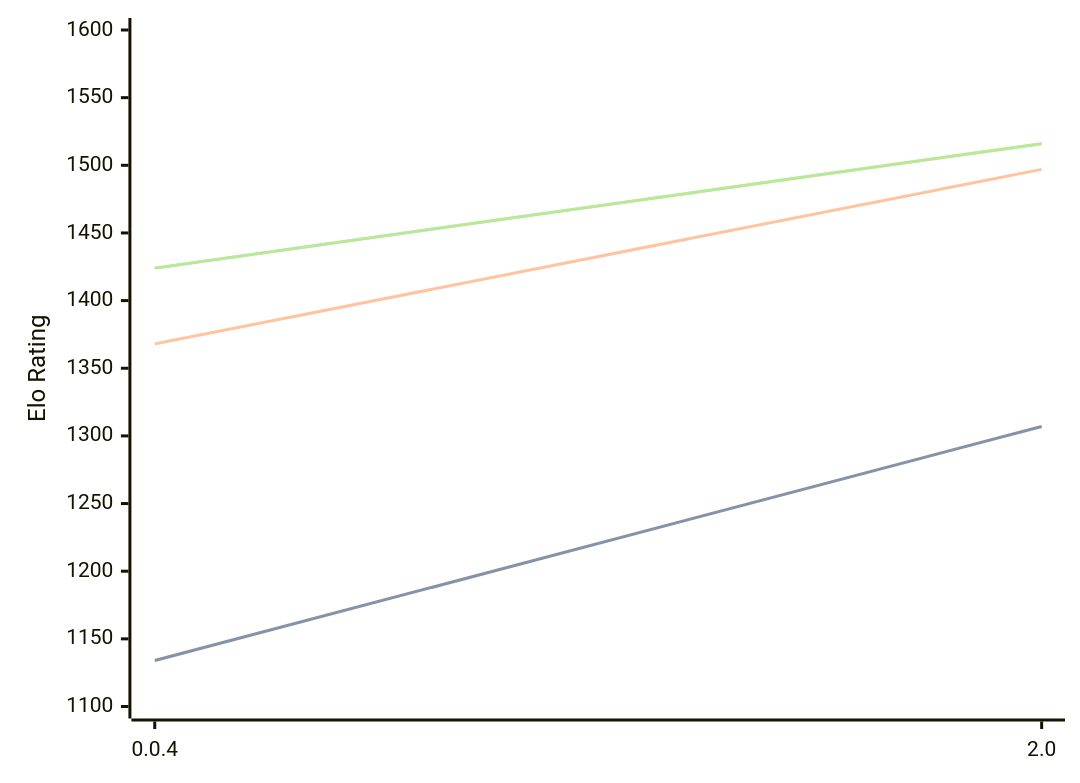
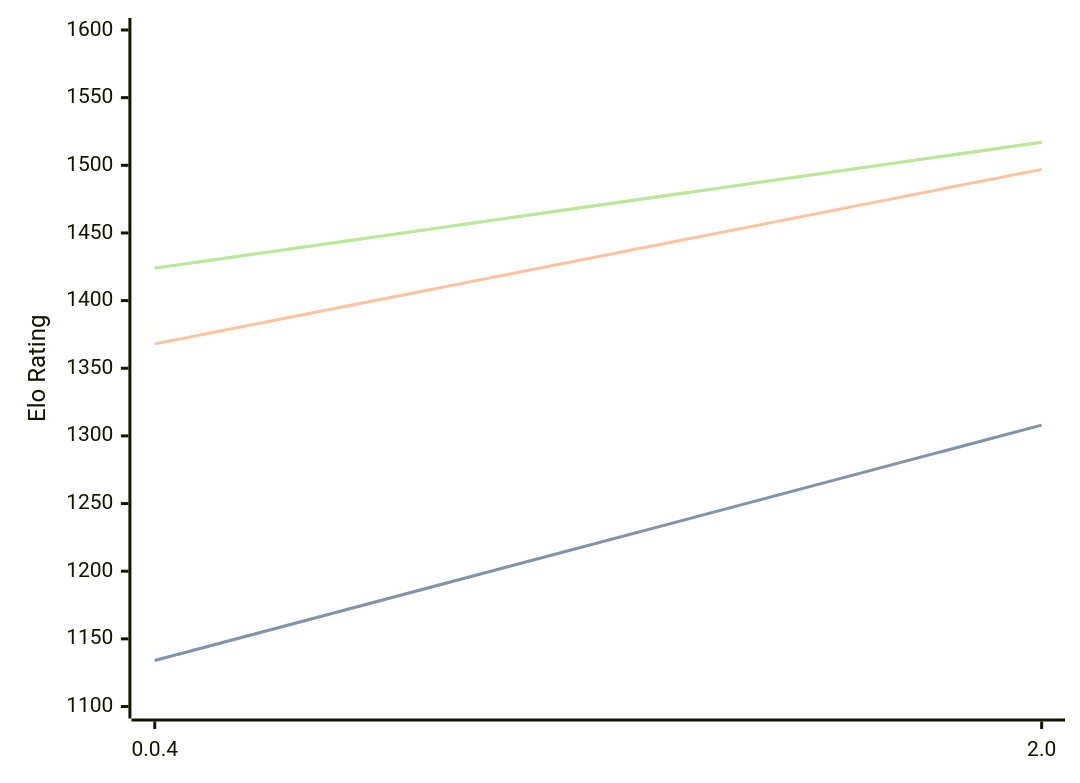
One commit to computer-chess-index/cci changed the diagram in engines/Oops!Mate.md. Above: the diagram before and after it, drawn with Mermaid. The commit also changed other lines of this file, not shown here.

Commit message:
Update CCI Ratings (ELO VLTC) - 2026-02-16

````diff
--- a/engines/Oops!Mate.md
+++ b/engines/Oops!Mate.md
@@ -48,11 +48,11 @@
 ```mermaid
 %%{init: {"theme":"base","themeVariables":{"seriesColors:['#a3a3a3','#222221','#faa371']}}}%%
 xychart-beta
   x-axis ["0.0.4", "2.0"]
   y-axis "Elo Rating" 1100 --> 1600
-  line "STC (8.0+0.08s)" [1134, 1307]
-  line "STC (8.0+0.08s)" [1134, 1307]
+  line "STC (8.0+0.08s)" [1134, 1308]
+  line "STC (8.0+0.08s)" [1134, 1308]
   line "LTC (60.0+0.60s)" [1368, 1497]
-  line "VLTC (2m24s+1.12s)" [1424, 1516]
-  line "VLTC (2m24s+1.12s)" [1424, 1516]
+  line "VLTC (2m24s+1.12s)" [1424, 1517]
+  line "VLTC (2m24s+1.12s)" [1424, 1517]
 ```
````
